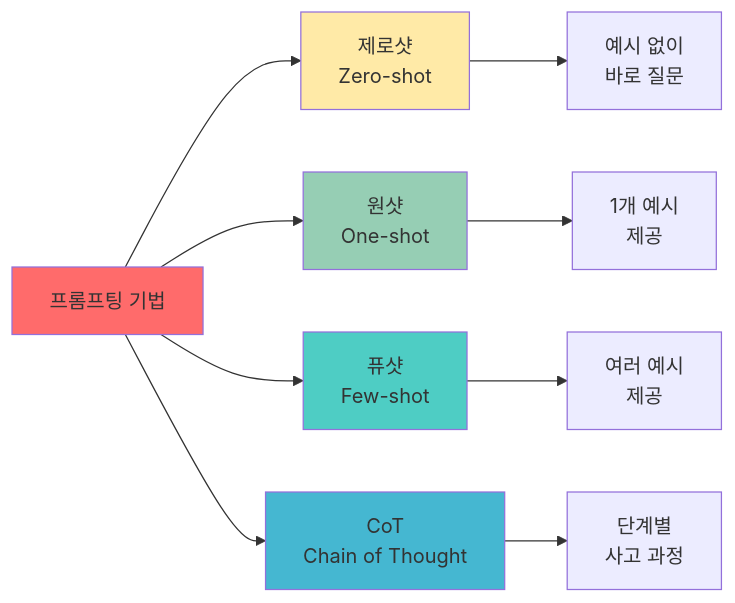
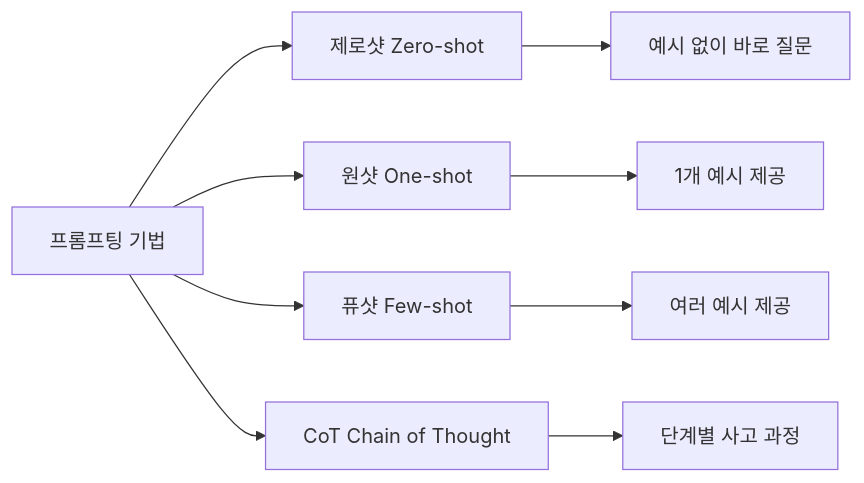
One commit to nugurejeil/weniVooks changed the diagram in _md/essentials-vibecoding/chapter04/04-3.md. Above: the diagram before and after it, drawn with Mermaid. The commit also changed other lines of this file and 133 other files, not shown here.

````diff
--- a/_md/essentials-vibecoding/chapter04/04-3.md
+++ b/_md/essentials-vibecoding/chapter04/04-3.md
@@ -19,18 +26,12 @@
 ```mermaid
 graph LR
-    A[프롬프팅 기법] --> B[제로샷<br/>Zero-shot]
-    A --> C[원샷<br/>One-shot]
-    A --> D[퓨샷<br/>Few-shot]
-    A --> E[CoT<br/>Chain of Thought]
+    A["프롬프팅 기법"] --> B["제로샷 Zero-shot"]
+    A --> C["원샷 One-shot"]
+    A --> D["퓨샷 Few-shot"]
+    A --> E["CoT Chain of Thought"]
 
-    B --> B1[예시 없이<br/>바로 질문]
-    C --> C1[1개 예시<br/>제공]
-    D --> D1[여러 예시<br/>제공]
-    E --> E1[단계별<br/>사고 과정]
-
-    style A fill:#ff6b6b
-    style B fill:#ffeaa7
-    style C fill:#96ceb4
-    style D fill:#4ecdc4
-    style E fill:#45b7d1
+    B --> B1["예시 없이 바로 질문"]
+    C --> C1["1개 예시 제공"]
+    D --> D1["여러 예시 제공"]
+    E --> E1["단계별 사고 과정"]
 ```
````
